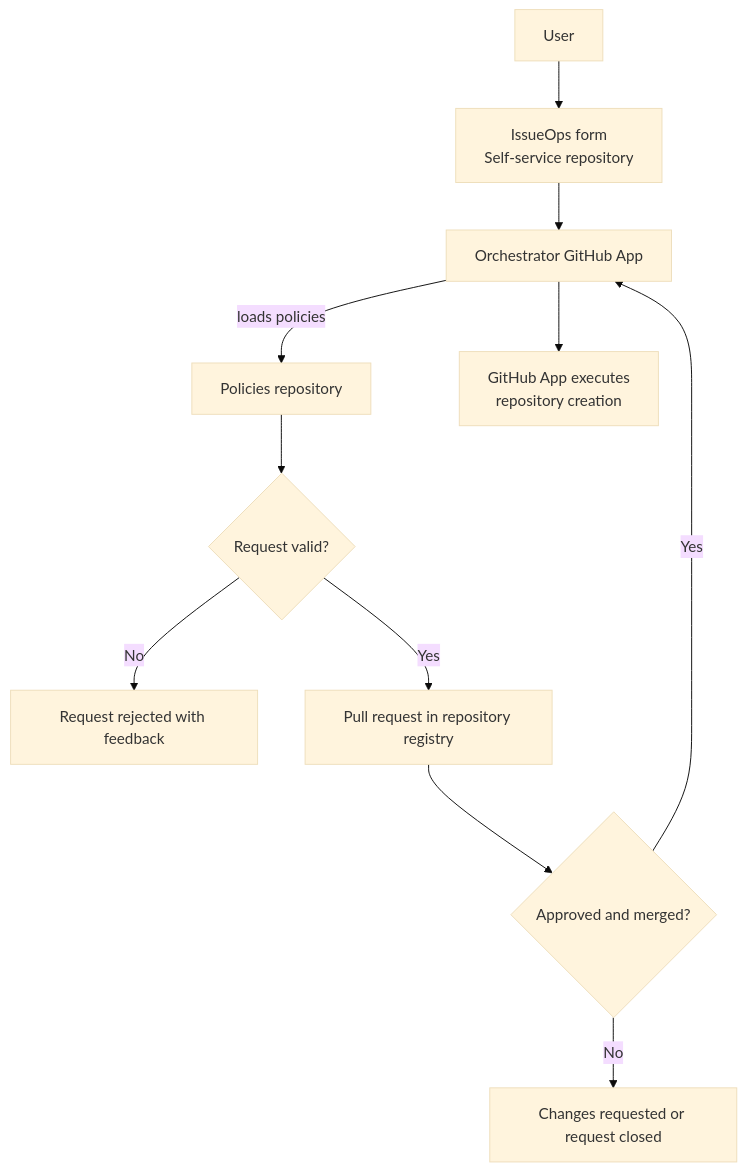
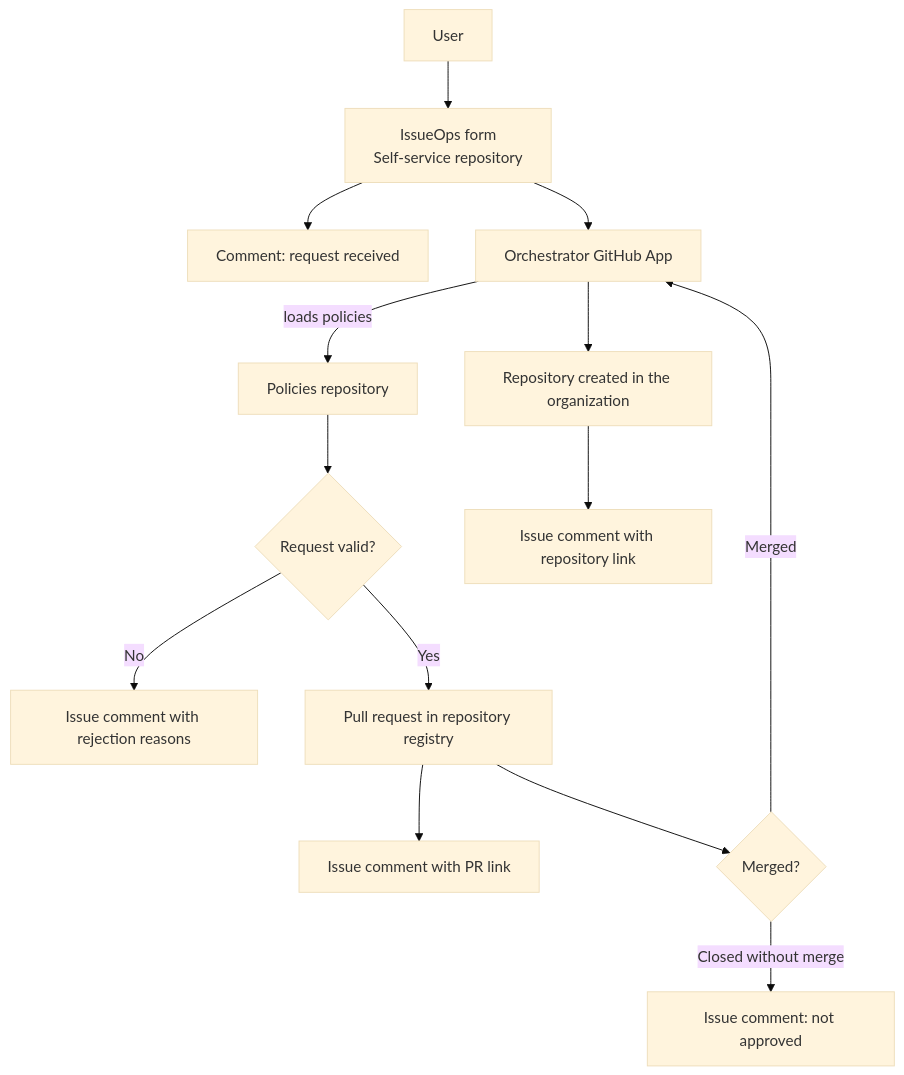
One commit to scriptkloud/repo-factory changed the first of 2 diagrams in README.md. Above: the diagram before and after it, drawn with Mermaid (base theme). The commit also changed other lines of this file, not shown here.

````diff
--- a/README.md
+++ b/README.md
@@ -50,13 +68,16 @@
 ```mermaid
 flowchart TD
 	U[User] --> I[IssueOps form\nSelf-service repository]
+	I --> K[Comment: request received]
 	I --> A[Orchestrator GitHub App]
 	A -->|loads policies| P[Policies repository]
 	P --> V{Request valid?}
-	V -->|No| F[Request rejected with feedback]
+	V -->|No| F[Issue comment with rejection reasons]
 	V -->|Yes| R[Pull request in repository registry]
-	R --> M{Approved and merged?}
-	M -->|No| D[Changes requested or request closed]
-	M -->|Yes| A
-	A --> C[GitHub App executes\nrepository creation]
+	R --> L[Issue comment with PR link]
+	R --> M{Merged?}
+	M -->|Closed without merge| D[Issue comment: not approved]
+	M -->|Merged| A
+	A --> C[Repository created in the organization]
+	C --> S[Issue comment with repository link]
 ```
````
